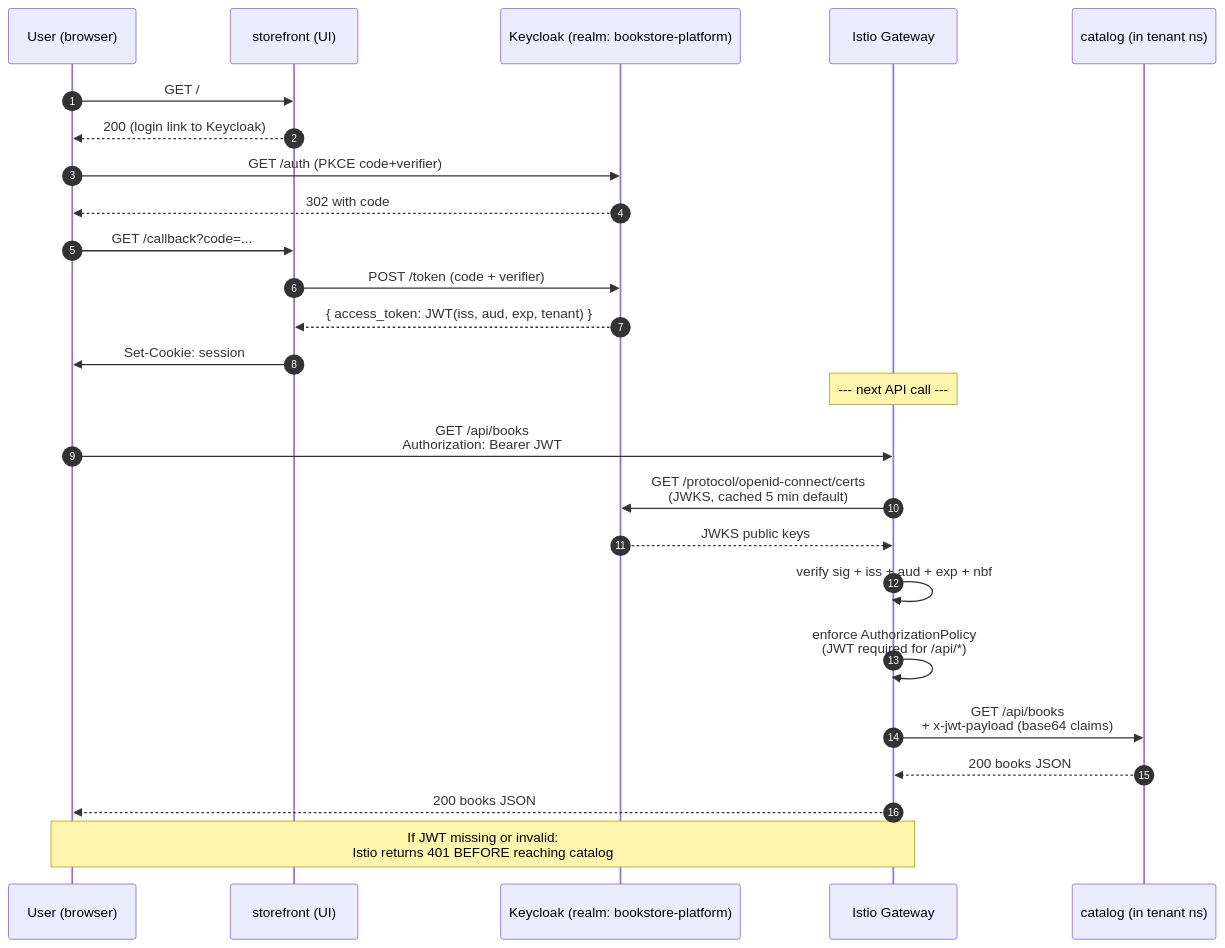
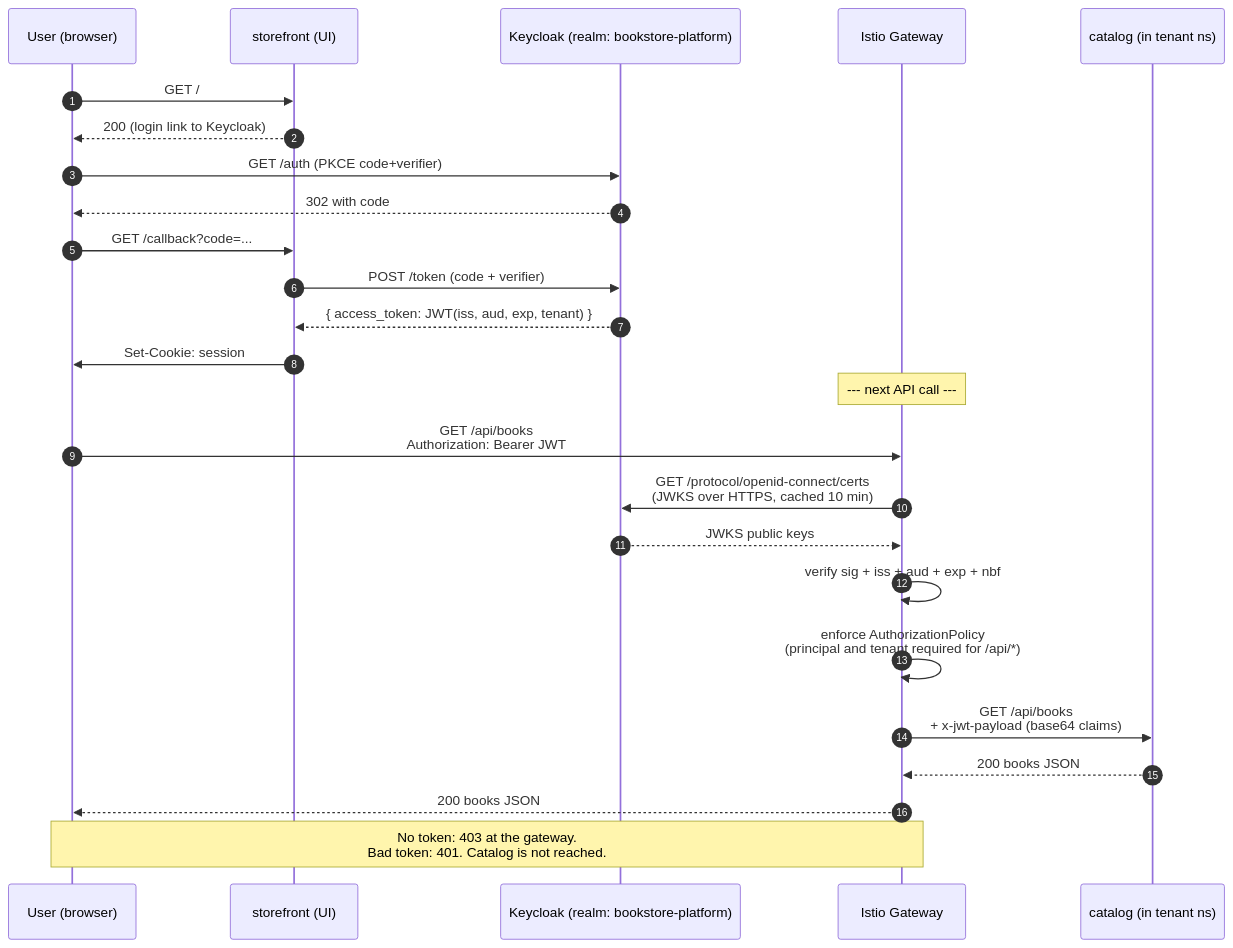
Before and after one commit to abd-ulbasit/bookstore-kubernetes-guide: the first of 2 diagrams in full-guide/13-grand-capstone-bookstore-platform/04-real-auth-keycloak-irsa-istio-jwt.md, drawn with Mermaid. The commit also changed other lines of this file and 7 other files, not shown here.

First line of the commit message:
13.04: Keycloak bootstrap, token checks, default deny at the gateway

````diff
--- a/full-guide/13-grand-capstone-bookstore-platform/04-real-auth-keycloak-irsa-istio-jwt.md
+++ b/full-guide/13-grand-capstone-bookstore-platform/04-real-auth-keycloak-irsa-istio-jwt.md
@@ -110,28 +127,28 @@
 ```mermaid
 sequenceDiagram
     autonumber
     participant U as User (browser)
     participant SF as storefront (UI)
     participant KC as Keycloak (realm: bookstore-platform)
     participant G as Istio Gateway
     participant C as catalog (in tenant ns)
 
     U->>SF: GET /
     SF-->>U: 200 (login link to Keycloak)
     U->>KC: GET /auth (PKCE code+verifier)
     KC-->>U: 302 with code
     U->>SF: GET /callback?code=...
     SF->>KC: POST /token (code + verifier)
     KC-->>SF: { access_token: JWT(iss, aud, exp, tenant) }
     SF->>U: Set-Cookie: session
     Note over G: --- next API call ---
     U->>G: GET /api/books<br/>Authorization: Bearer JWT
-    G->>KC: GET /protocol/openid-connect/certs<br/>(JWKS, cached 5 min default)
+    G->>KC: GET /protocol/openid-connect/certs<br/>(JWKS over HTTPS, cached 10 min)
     KC-->>G: JWKS public keys
     G->>G: verify sig + iss + aud + exp + nbf
-    G->>G: enforce AuthorizationPolicy<br/>(JWT required for /api/*)
+    G->>G: enforce AuthorizationPolicy<br/>(principal and tenant required for /api/*)
     G->>C: GET /api/books<br/>+ x-jwt-payload (base64 claims)
     C-->>G: 200 books JSON
     G-->>U: 200 books JSON
-    Note over U,G: If JWT missing or invalid:<br/>Istio returns 401 BEFORE reaching catalog
+    Note over U,G: No token: 403 at the gateway.<br/>Bad token: 401. Catalog is not reached.
 ```
````
